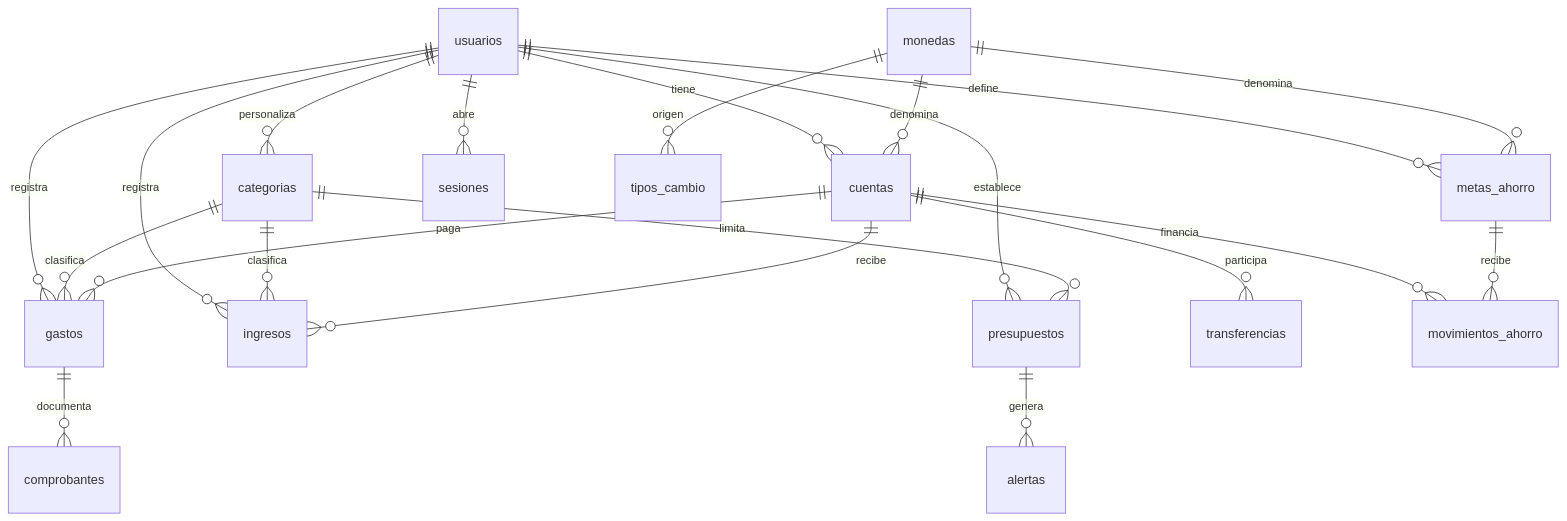
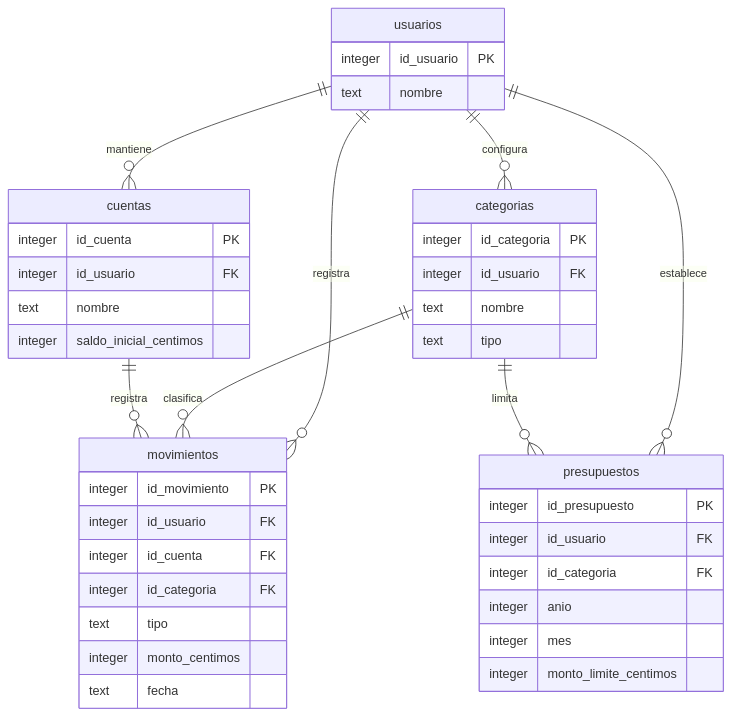
The diagram in docs/arquitectura/modelo_er.md (sebastins18/Control_Finanzas_Familiares), drawn with Mermaid before and after one commit. The commit also changed other lines of this file, not shown here.

Commit message:
docs(s1): reconcile docs/arquitectura/modelo_er.md with working SQLite MVP

````diff
--- a/docs/arquitectura/modelo_er.md
+++ b/docs/arquitectura/modelo_er.md
@@ -5,23 +5,44 @@
 ```mermaid
 erDiagram
-    usuarios ||--o{ cuentas : tiene
-    usuarios ||--o{ categorias : personaliza
+    usuarios ||--o{ categorias : configura
+    usuarios ||--o{ cuentas : mantiene
+    usuarios ||--o{ movimientos : registra
     usuarios ||--o{ presupuestos : establece
-    usuarios ||--o{ ingresos : registra
-    usuarios ||--o{ gastos : registra
-    usuarios ||--o{ metas_ahorro : define
-    usuarios ||--o{ sesiones : abre
-    monedas ||--o{ cuentas : denomina
-    monedas ||--o{ metas_ahorro : denomina
-    monedas ||--o{ tipos_cambio : origen
-    categorias ||--o{ ingresos : clasifica
-    categorias ||--o{ gastos : clasifica
+    categorias ||--o{ movimientos : clasifica
     categorias ||--o{ presupuestos : limita
-    cuentas ||--o{ ingresos : recibe
-    cuentas ||--o{ gastos : paga
-    cuentas ||--o{ transferencias : participa
-    cuentas ||--o{ movimientos_ahorro : financia
-    presupuestos ||--o{ alertas : genera
-    metas_ahorro ||--o{ movimientos_ahorro : recibe
-    gastos ||--o{ comprobantes : documenta
+    cuentas ||--o{ movimientos : registra
+
+    usuarios {
+      integer id_usuario PK
+      text nombre
+    }
+    categorias {
+      integer id_categoria PK
+      integer id_usuario FK
+      text nombre
+      text tipo
+    }
+    cuentas {
+      integer id_cuenta PK
+      integer id_usuario FK
+      text nombre
+      integer saldo_inicial_centimos
+    }
+    movimientos {
+      integer id_movimiento PK
+      integer id_usuario FK
+      integer id_cuenta FK
+      integer id_categoria FK
+      text tipo
+      integer monto_centimos
+      text fecha
+    }
+    presupuestos {
+      integer id_presupuesto PK
+      integer id_usuario FK
+      integer id_categoria FK
+      integer anio
+      integer mes
+      integer monto_limite_centimos
+    }
 ```
````
